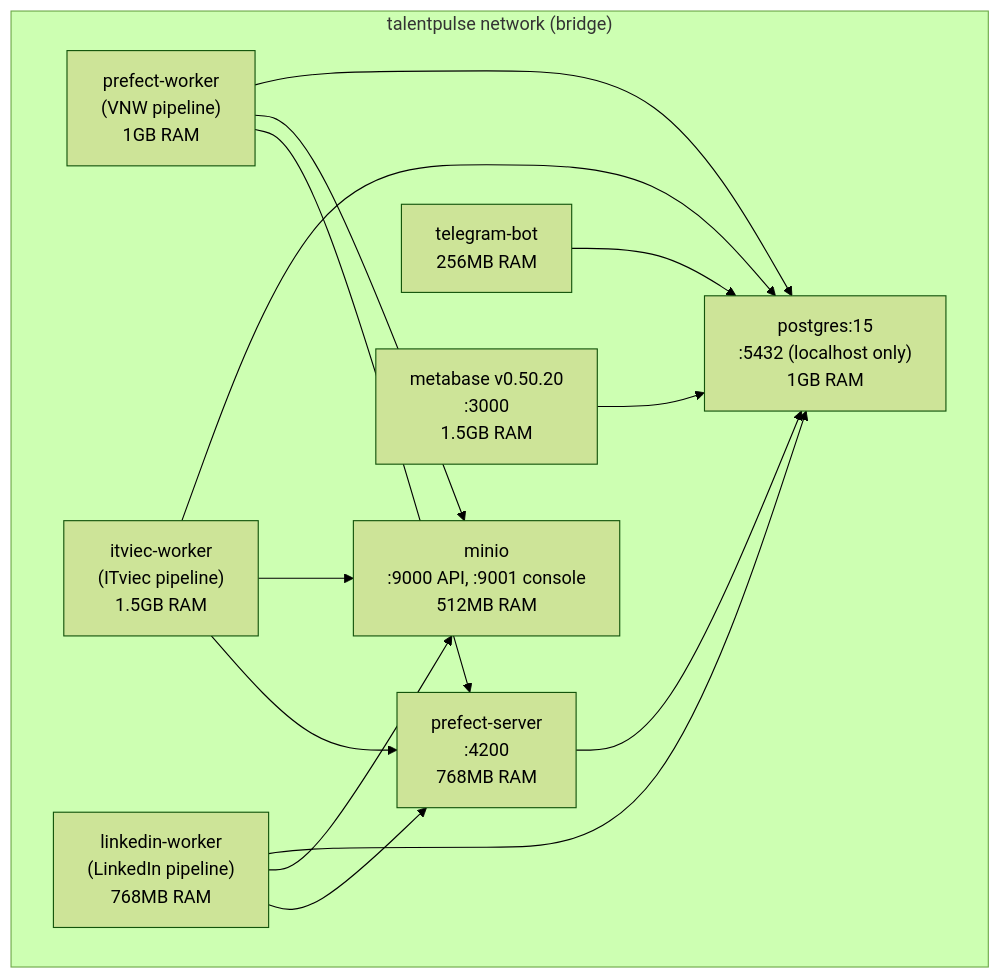
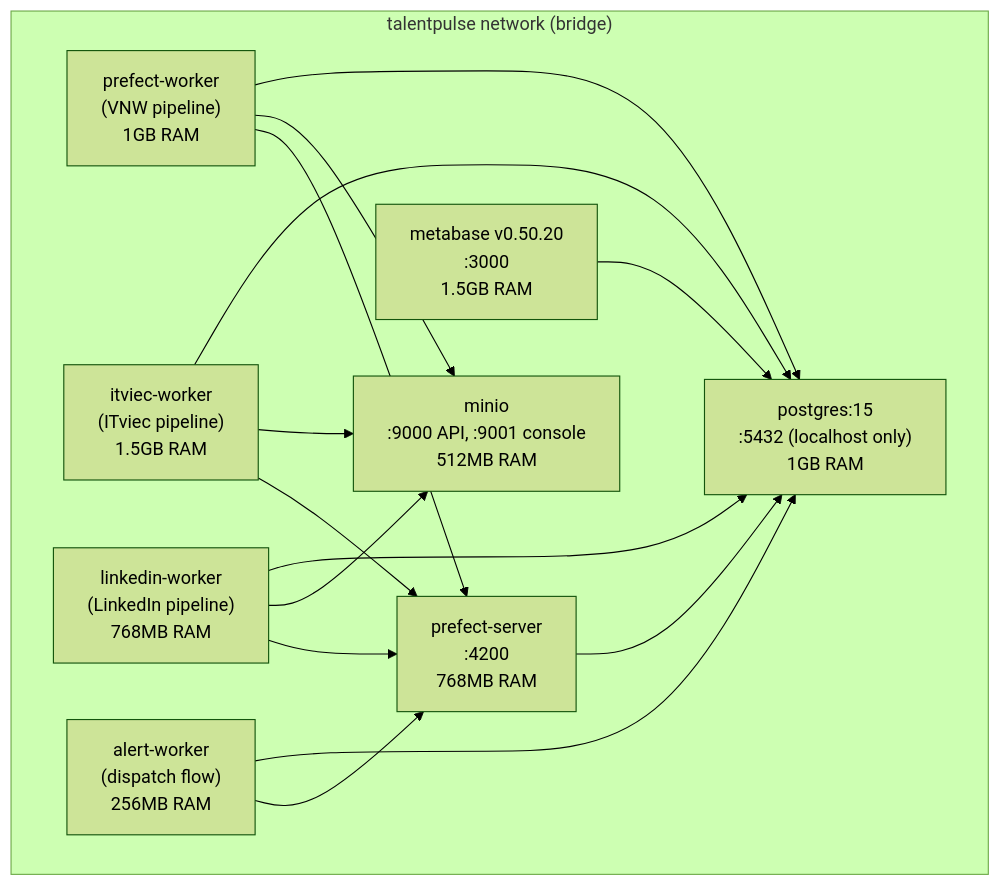
Before and after one commit to TalentPuse/TalentPulse_Pipeline_ETL-isolate: diagram 12 of 13 in docs/ARCHITECTURE.md, drawn with Mermaid (forest theme). The commit also changed other lines of this file, not shown here.

First line of the commit message:
docs: remove legacy telegram-bot from ARCHITECTURE.md

````diff
--- a/docs/ARCHITECTURE.md
+++ b/docs/ARCHITECTURE.md
@@ -579,27 +550,28 @@
 ```mermaid
 graph TB
     subgraph "talentpulse network (bridge)"
         PG["postgres:15<br/>:5432 (localhost only)<br/>1GB RAM"]
         MINIO["minio<br/>:9000 API, :9001 console<br/>512MB RAM"]
         PREFECT["prefect-server<br/>:4200<br/>768MB RAM"]
         MB["metabase v0.50.20<br/>:3000<br/>1.5GB RAM"]
 
         VNW_W["prefect-worker<br/>(VNW pipeline)<br/>1GB RAM"]
         ITV_W["itviec-worker<br/>(ITviec pipeline)<br/>1.5GB RAM"]
         LKD_W["linkedin-worker<br/>(LinkedIn pipeline)<br/>768MB RAM"]
-        TG_BOT["telegram-bot<br/>256MB RAM"]
+        ALERT_W["alert-worker<br/>(dispatch flow)<br/>256MB RAM"]
     end
 
     VNW_W --> PG
     VNW_W --> MINIO
     VNW_W --> PREFECT
     ITV_W --> PG
     ITV_W --> MINIO
     ITV_W --> PREFECT
     LKD_W --> PG
     LKD_W --> MINIO
     LKD_W --> PREFECT
-    TG_BOT --> PG
+    ALERT_W --> PG
+    ALERT_W --> PREFECT
     MB --> PG
     PREFECT --> PG
 ```
````
